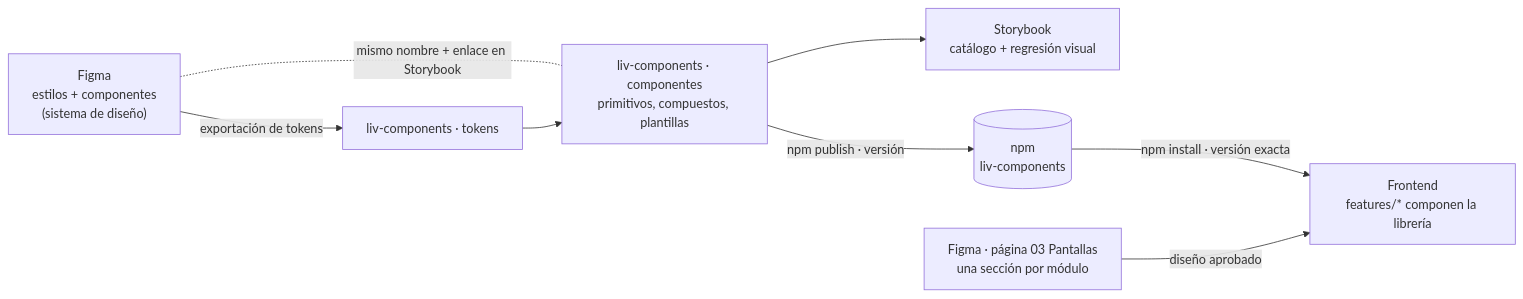
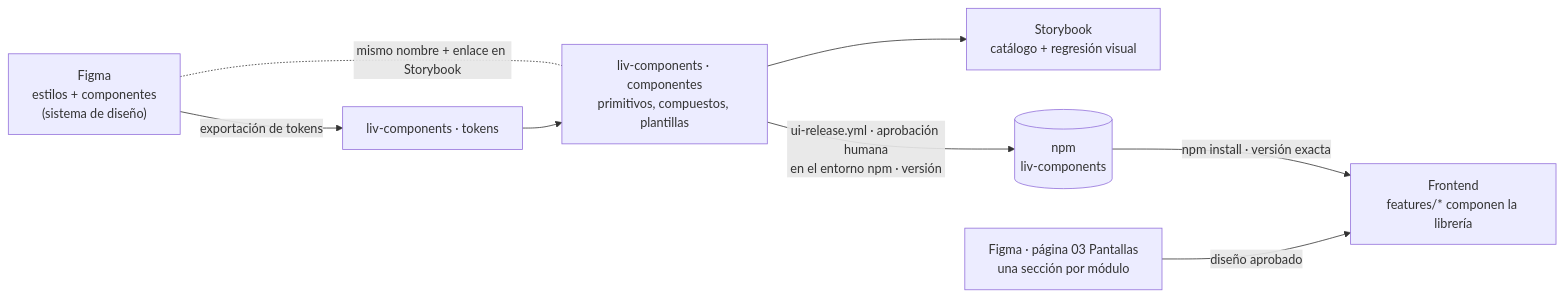
Before and after one commit to jorgearaujoSap/liv: the sixth of 6 diagrams in docs/arquitectura/01_Arquitectura_de_Software.md, drawn with Mermaid. The commit also changed other lines of this file and 11 other files, not shown here.

First line of the commit message:
docs(002): reglas de la publicación automática de liv-components (R3, PR 1) (#238)

````diff
--- a/docs/arquitectura/01_Arquitectura_de_Software.md
+++ b/docs/arquitectura/01_Arquitectura_de_Software.md
@@ -383,10 +383,10 @@
 ```mermaid
 flowchart LR
     FV["Figma<br/>estilos + componentes<br/>(sistema de diseño)"] -->|exportación de tokens| TK["liv-components · tokens"]
     FV -. mismo nombre + enlace en Storybook .- CMP
     TK --> CMP["liv-components · componentes<br/>primitivos, compuestos, plantillas"]
     CMP --> SB["Storybook<br/>catálogo + regresión visual"]
-    CMP -->|npm publish · versión| NPM[("npm<br/>liv-components")]
+    CMP -->|"ui-release.yml · aprobación humana<br/>en el entorno npm · versión"| NPM[("npm<br/>liv-components")]
     NPM -->|npm install · versión exacta| APP["Frontend<br/>features/* componen la librería"]
     FP["Figma · página 03 Pantallas<br/>una sección por módulo"] -->|diseño aprobado| APP
 ```
````
